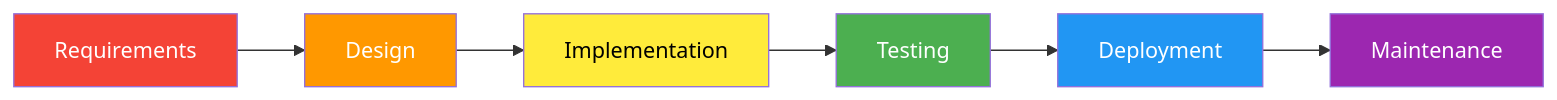
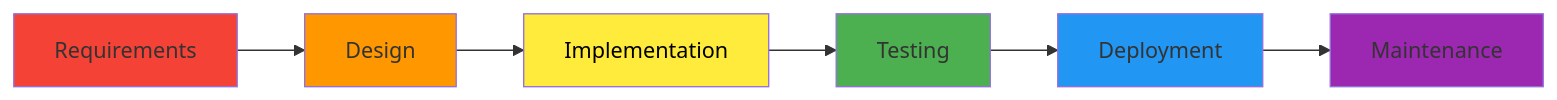
The first of 44 diagrams in agile.md (Anuhyaaa/web-optimization), drawn with Mermaid before and after one commit. The commit also changed other lines of this file and 1 other file, not shown here.

Commit message:
Fix Mermaid diagram text visibility by removing invalid color:white syntax

````diff
--- a/agile.md
+++ b/agile.md
@@ -26,15 +26,15 @@
 ```mermaid
 flowchart LR
     A[Requirements] --> B[Design]
     B --> C[Implementation]
     C --> D[Testing]
     D --> E[Deployment]
     E --> F[Maintenance]
     
-    style A fill:#f44336,color:white
-    style B fill:#ff9800,color:white
+    style A fill:#f44336
+    style B fill:#ff9800
     style C fill:#ffeb3b,color:black
-    style D fill:#4caf50,color:white
-    style E fill:#2196f3,color:white
-    style F fill:#9c27b0,color:white
+    style D fill:#4caf50
+    style E fill:#2196f3
+    style F fill:#9c27b0
 ```
````
